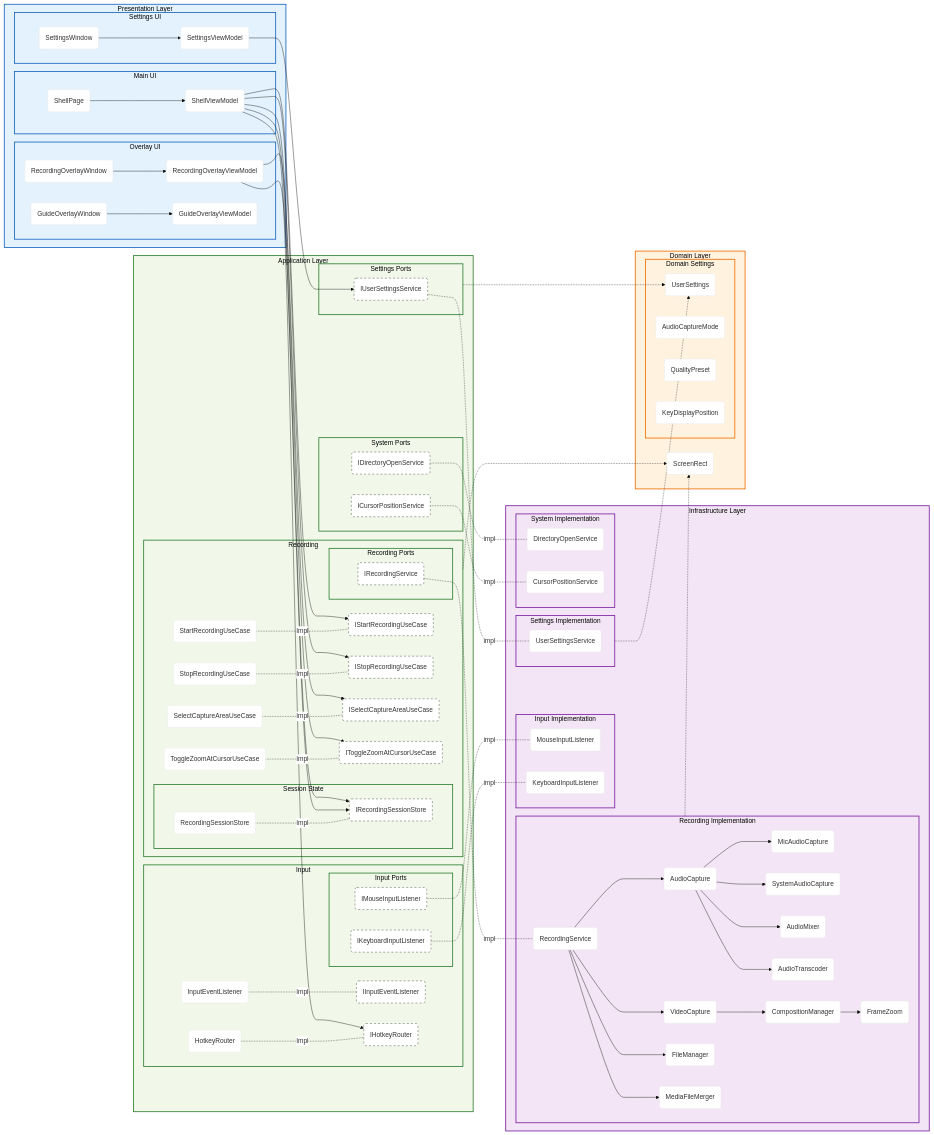
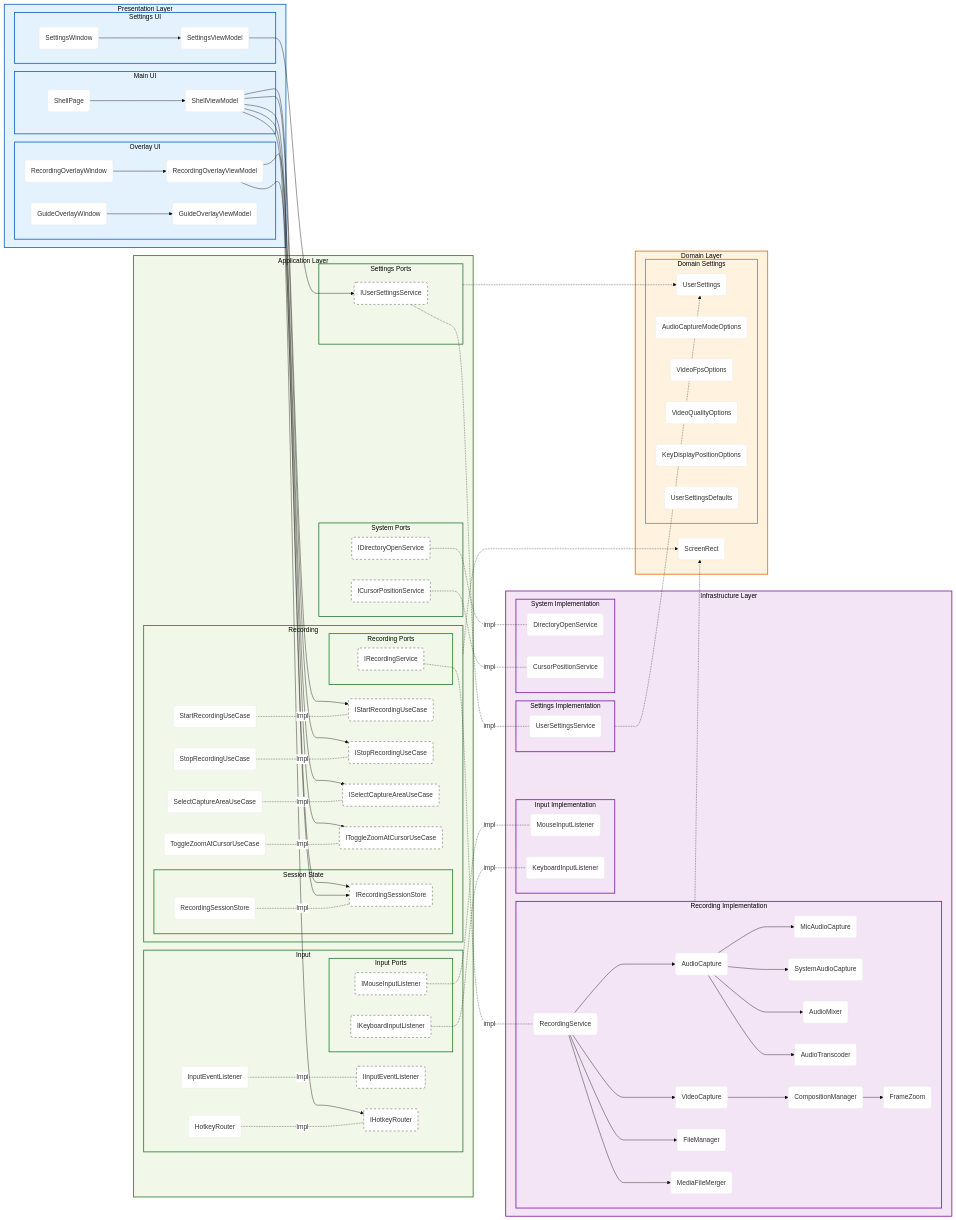
Before and after one commit to r-dev95/OpRec: the diagram in docs/architecture.md, drawn with Mermaid. The commit also changed 11 other files, not shown here.

Commit message:
feat: 設定/録画周りの改善と発行対応 - JSONのSource Generator対応とログ出力/発行の注意点を追加 - docsを更新（architecture/settings/implementation-notes）

```diff
--- a/docs/architecture.md
+++ b/docs/architecture.md
@@ -119,9 +119,11 @@
         ScreenRect(ScreenRect)
         subgraph Domain_Settings ["Domain Settings"]
             UserSettings(UserSettings)
-            AudioCaptureMode(AudioCaptureMode)
-            QualityPreset(QualityPreset)
-            KeyDisplayPosition(KeyDisplayPosition)
+            AudioCaptureModeOptions(AudioCaptureModeOptions)
+            VideoFpsOptions(VideoFpsOptions)
+            VideoQualityOptions(VideoQualityOptions)
+            KeyDisplayPositionOptions(KeyDisplayPositionOptions)
+            UserSettingsDefaults(UserSettingsDefaults)
         end
     end
 
```
